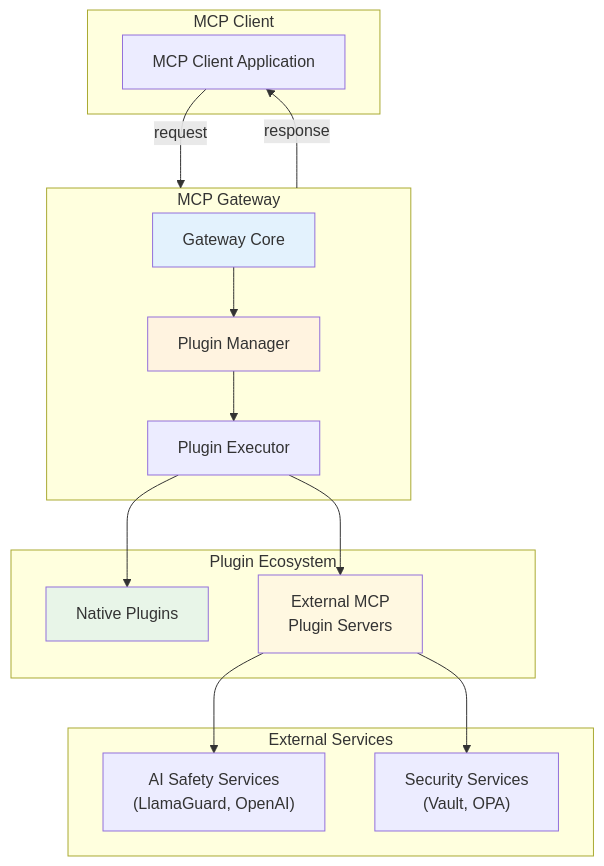
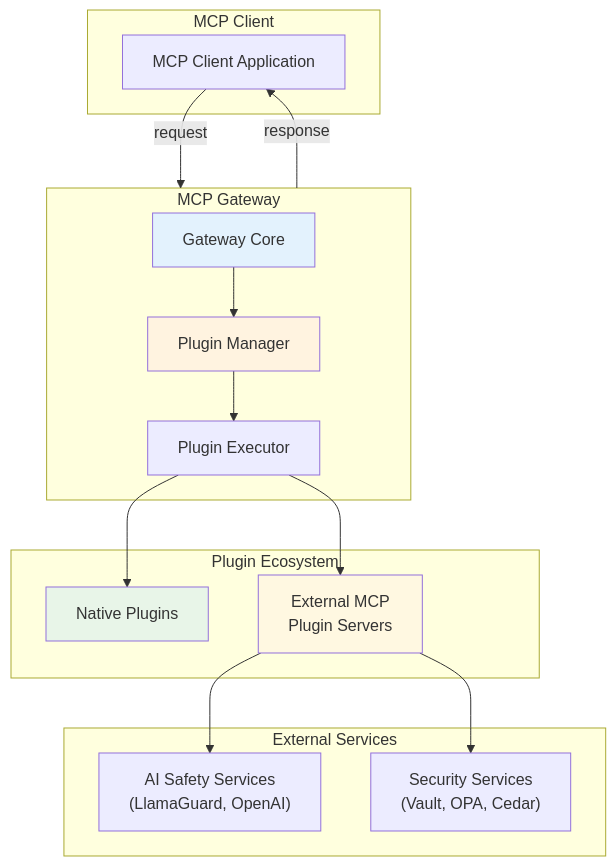
One commit to tedhabeck/mcp-context-forge changed the first of 5 diagrams in docs/docs/architecture/plugins.md. Above: the diagram before and after it, drawn with Mermaid. The commit also changed other lines of this file and 21 other files, not shown here.

First line of the commit message:
[Security Feature]: RBAC Plugin using Cedar (#1499)

````diff
--- a/docs/docs/architecture/plugins.md
+++ b/docs/docs/architecture/plugins.md
@@ -87,36 +87,36 @@
 ```mermaid
 flowchart TB
     subgraph "MCP Client"
         Client["MCP Client Application"]
     end
 
     subgraph GW["MCP Gateway"]
         Gateway["Gateway Core"]
         PM["Plugin Manager"]
         Executor["Plugin Executor"]
     end
 
     subgraph "Plugin Ecosystem"
         Native["Native Plugins"]
         External["External MCP <br> Plugin Servers"]
     end
 
     subgraph "External Services"
         AI["AI Safety Services<br>(LlamaGuard, OpenAI)"]
-        Security["Security Services<br>(Vault, OPA)"]
+        Security["Security Services<br>(Vault, OPA, Cedar)"]
     end
 
     Client --request--> GW
     GW --response--> Client
     Gateway --> PM
     PM --> Executor
     Executor --> Native
     Executor --> External
     External --> AI
     External --> Security
 
     style Gateway fill:#e3f2fd
     style PM fill:#fff3e0
     style Native fill:#e8f5e8
     style External fill:#fff8e1
 ```
````
